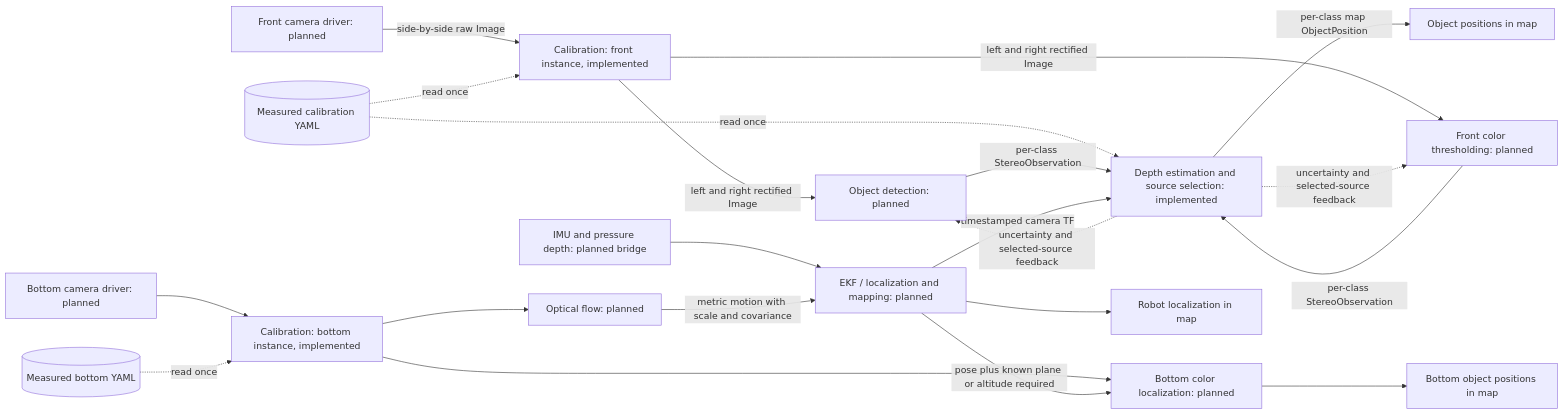
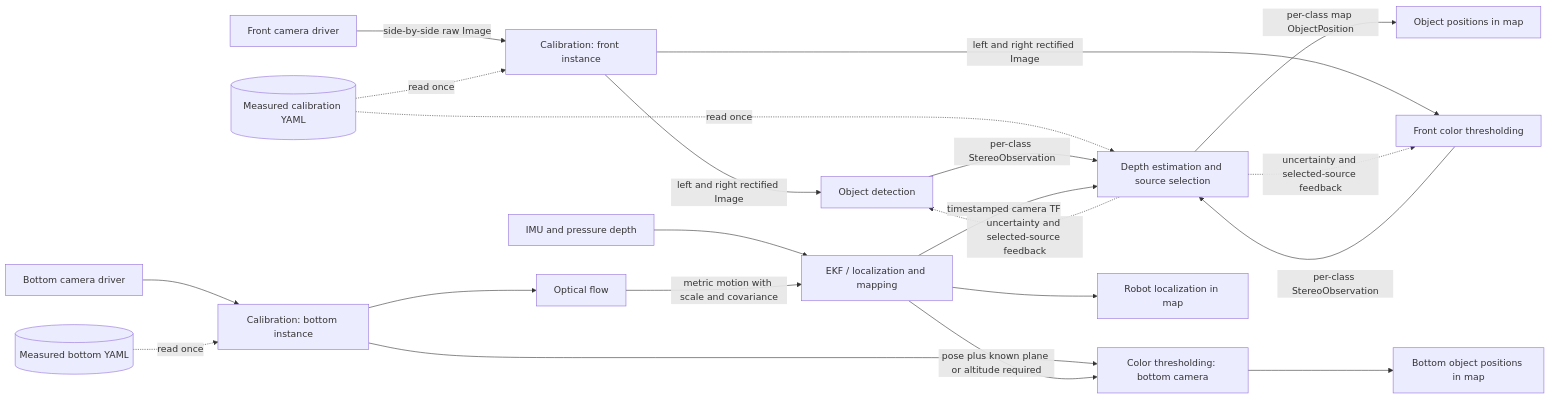
The diagram in docs/architecture.mmd (Hirruss/Hornet-XII-PL), drawn with Mermaid before and after one commit. The commit also changed 6 other files, not shown here.

Commit message:
Make architecture diagrams independent of team progress

```diff
--- a/docs/architecture.mmd
+++ b/docs/architecture.mmd
@@ -1,21 +1,21 @@
 flowchart LR
-    front[Front camera driver: planned] -->|side-by-side raw Image| frontcal[Calibration: front instance, implemented]
+    front[Front camera driver] -->|side-by-side raw Image| frontcal[Calibration: front instance]
     yaml[(Measured calibration YAML)] -. read once .-> frontcal
     yaml -. read once .-> depth
-    frontcal -->|left and right rectified Image| ml[Object detection: planned]
-    frontcal -->|left and right rectified Image| hsv[Front color thresholding: planned]
-    ml -->|per-class StereoObservation| depth[Depth estimation and source selection: implemented]
+    frontcal -->|left and right rectified Image| ml[Object detection]
+    frontcal -->|left and right rectified Image| hsv[Front color thresholding]
+    ml -->|per-class StereoObservation| depth[Depth estimation and source selection]
     hsv -->|per-class StereoObservation| depth
     depth -->|per-class map ObjectPosition| objects[Object positions in map]
     depth -. uncertainty and selected-source feedback .-> ml
     depth -. uncertainty and selected-source feedback .-> hsv
-    bottom[Bottom camera driver: planned] --> bottomcal[Calibration: bottom instance, implemented]
+    bottom[Bottom camera driver] --> bottomcal[Calibration: bottom instance]
     bottomyaml[(Measured bottom YAML)] -. read once .-> bottomcal
-    bottomcal --> flow[Optical flow: planned]
-    bottomcal --> bottomhsv[Bottom color localization: planned]
-    sensors[IMU and pressure depth: planned bridge] --> ekf[EKF / localization and mapping: planned]
+    bottomcal --> flow[Optical flow]
+    bottomcal --> bottomhsv[Color thresholding: bottom camera]
+    sensors[IMU and pressure depth] --> ekf[EKF / localization and mapping]
     flow -->|metric motion with scale and covariance| ekf
     ekf --> pose[Robot localization in map]
     ekf -->|timestamped camera TF| depth
     ekf -->|pose plus known plane or altitude required| bottomhsv
     bottomhsv --> bottomobjects[Bottom object positions in map]
```
